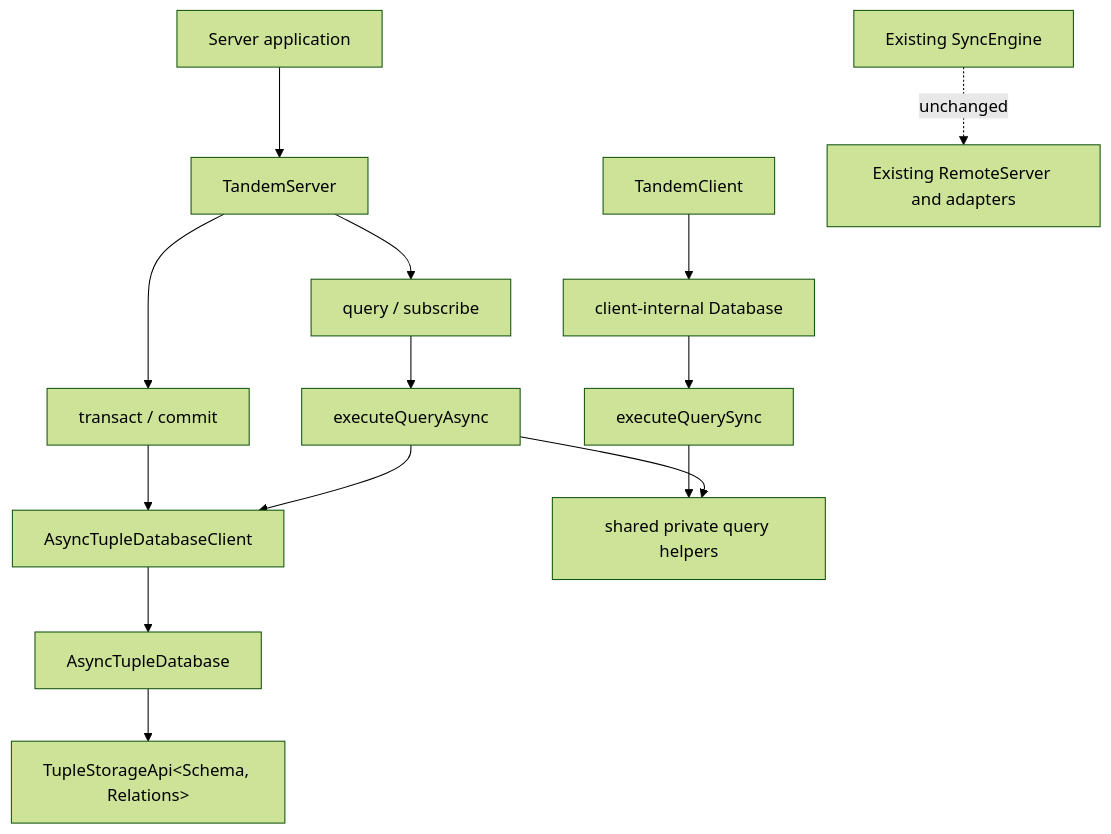
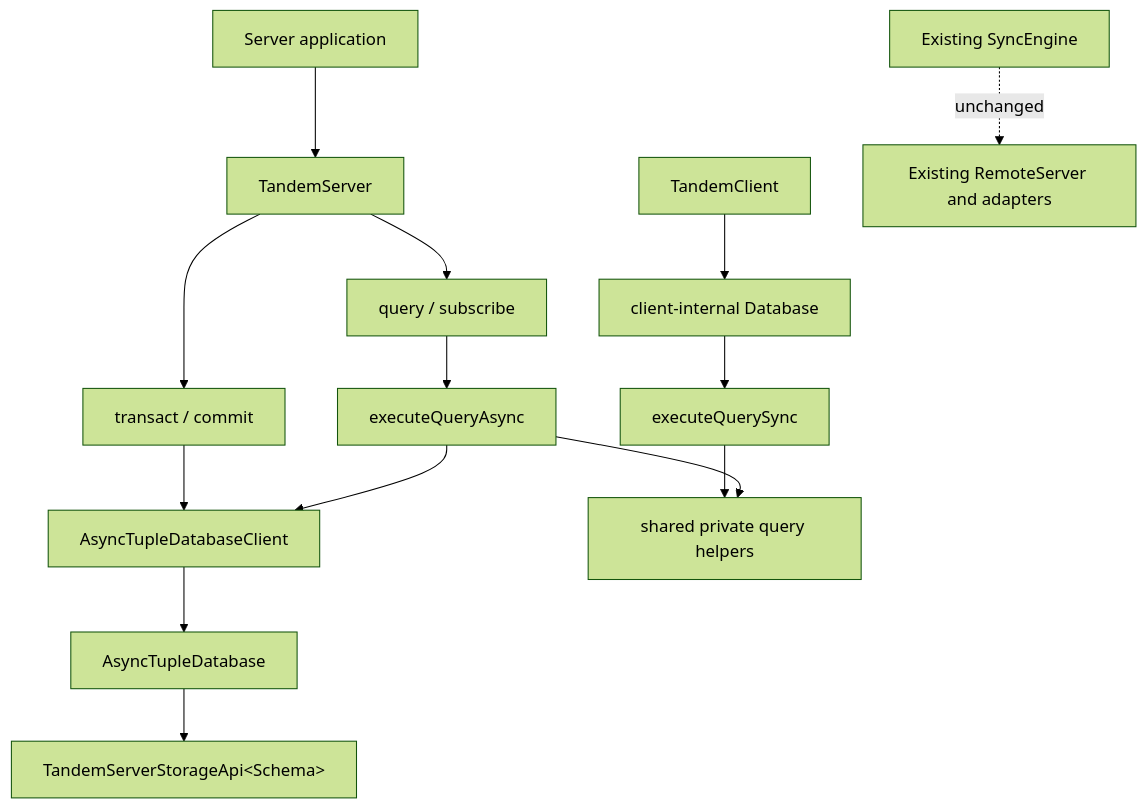
The second of 4 diagrams in specs/tandem-server-tuple-storage.md (tanishqkancharla/tandem), drawn with Mermaid (forest theme) before and after one commit. The commit also changed other lines of this file and 36 other files, not shown here.

Commit message:
Implement typed TandemServer storage

````diff
--- a/specs/tandem-server-tuple-storage.md
+++ b/specs/tandem-server-tuple-storage.md
@@ -24,19 +24,19 @@
 ```mermaid
 flowchart TD
     APP[Server application] --> TS[TandemServer]
     TS --> Q[query / subscribe]
     TS --> TX[transact / commit]
     Q --> AQ[executeQueryAsync]
     TX --> ATC[AsyncTupleDatabaseClient]
     AQ --> ATC
     ATC --> ATD[AsyncTupleDatabase]
-    ATD --> TSA[TupleStorageApi&lt;Schema, Relations&gt;]
+    ATD --> TSA[TandemServerStorageApi&lt;Schema&gt;]
 
     TC[TandemClient] --> CDB[client-internal Database]
     CDB --> SQ[executeQuerySync]
 
     SQ --> H[shared private query helpers]
     AQ --> H
 
     SE[Existing SyncEngine] -. unchanged .-> RS[Existing RemoteServer and adapters]
 ```
````
